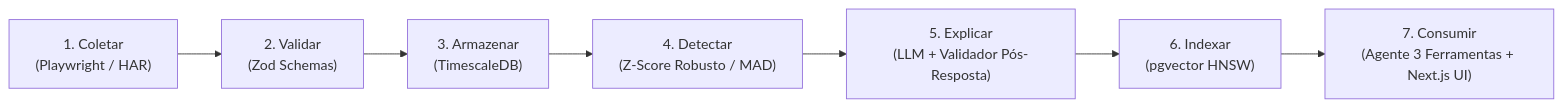
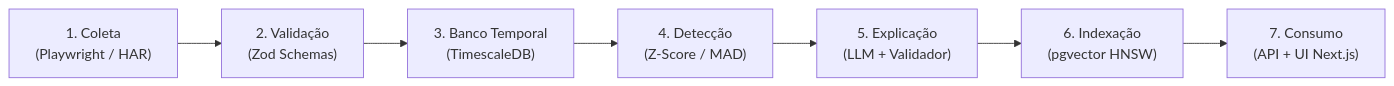
One commit to arthurperdigao/fleetpulse-ai changed the diagram in README.md. Above: the diagram before and after it, drawn with Mermaid. The commit also changed other lines of this file and 3 other files, not shown here.

````diff
--- a/README.md
+++ b/README.md
@@ -30,9 +23,9 @@
 ```mermaid
 flowchart LR
-    A["1. Coletar\n(Playwright / HAR)"] --> B["2. Validar\n(Zod Schemas)"]
-    B --> C["3. Armazenar\n(TimescaleDB)"]
-    C --> D["4. Detectar\n(Z-Score Robusto / MAD)"]
-    D --> E["5. Explicar\n(LLM + Validador Pós-Resposta)"]
-    E --> F["6. Indexar\n(pgvector HNSW)"]
-    F --> G["7. Consumir\n(Agente 3 Ferramentas + Next.js UI)"]
+    A["1. Coleta\n(Playwright / HAR)"] --> B["2. Validação\n(Zod Schemas)"]
+    B --> C["3. Banco Temporal\n(TimescaleDB)"]
+    C --> D["4. Detecção\n(Z-Score / MAD)"]
+    D --> E["5. Explicação\n(LLM + Validador)"]
+    E --> F["6. Indexação\n(pgvector HNSW)"]
+    F --> G["7. Consumo\n(API + UI Next.js)"]
 ```
````
